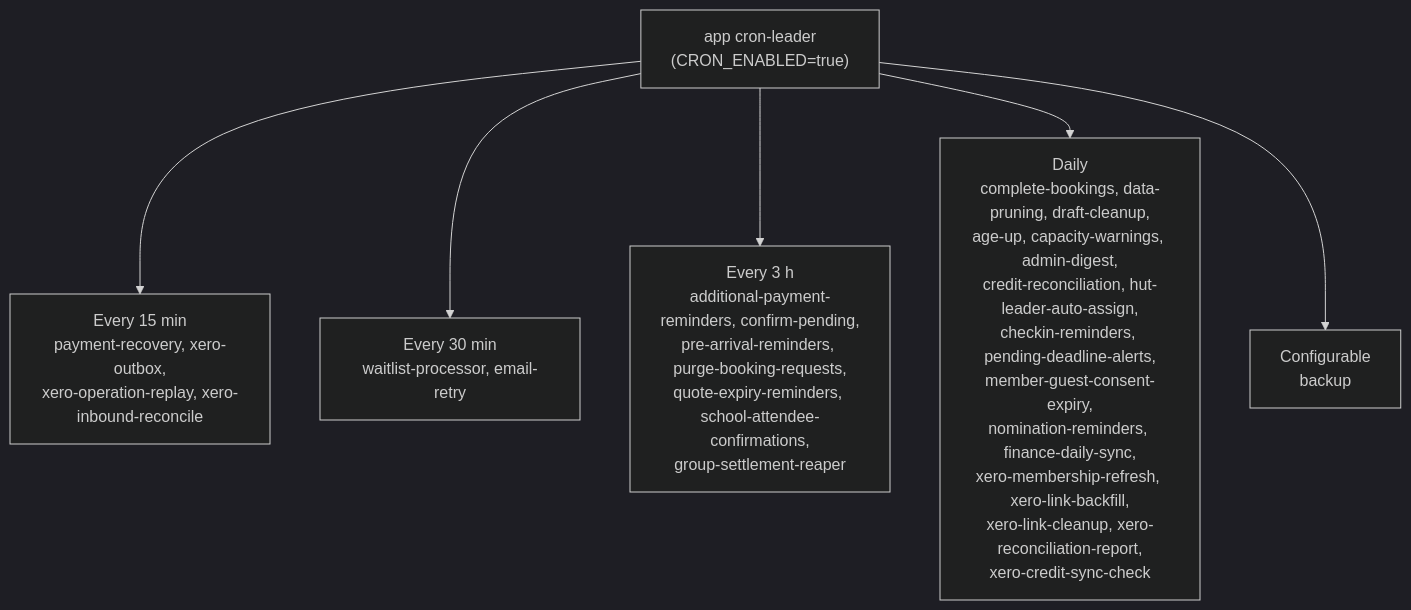
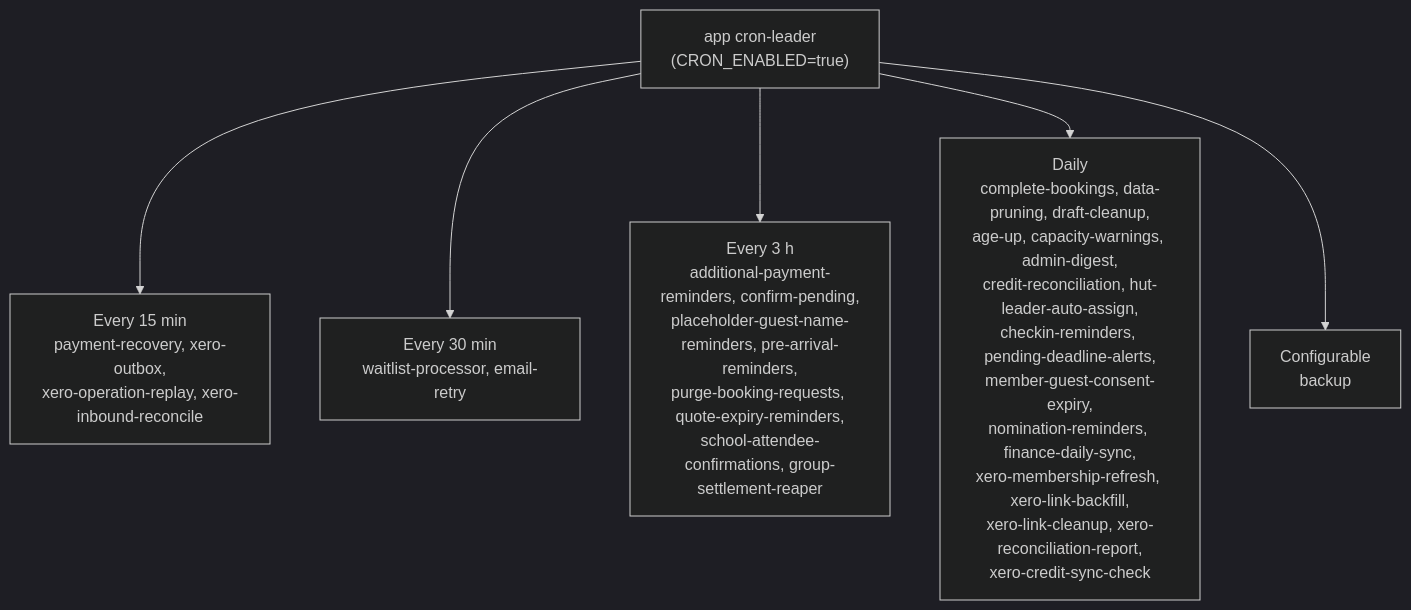
The fifth of 5 diagrams in docs/ARCHITECTURE.md (hoppers99/AlpineClubBookingsNZ), drawn with Mermaid (dark theme) before and after one commit. The commit also changed other lines of this file and 8 other files, not shown here.

First line of the commit message:
docs: document the placeholder guest-name chase and its dashboard flag

````diff
--- a/docs/ARCHITECTURE.md
+++ b/docs/ARCHITECTURE.md
@@ -2386,9 +2386,9 @@
 ```mermaid
 flowchart TD
     Leader["app cron-leader<br/>(CRON_ENABLED=true)"]
     Leader --> Q15["Every 15 min<br/>payment-recovery, xero-outbox,<br/>xero-operation-replay, xero-inbound-reconcile"]
     Leader --> Q30["Every 30 min<br/>waitlist-processor, email-retry"]
-    Leader --> Q3h["Every 3 h<br/>additional-payment-reminders, confirm-pending,<br/>pre-arrival-reminders, purge-booking-requests,<br/>quote-expiry-reminders, school-attendee-confirmations,<br/>group-settlement-reaper"]
+    Leader --> Q3h["Every 3 h<br/>additional-payment-reminders, confirm-pending,<br/>placeholder-guest-name-reminders, pre-arrival-reminders,<br/>purge-booking-requests, quote-expiry-reminders,<br/>school-attendee-confirmations, group-settlement-reaper"]
     Leader --> Daily["Daily<br/>complete-bookings, data-pruning, draft-cleanup,<br/>age-up, capacity-warnings, admin-digest,<br/>credit-reconciliation, hut-leader-auto-assign,<br/>checkin-reminders, pending-deadline-alerts,<br/>member-guest-consent-expiry,<br/>nomination-reminders, finance-daily-sync,<br/>xero-membership-refresh, xero-link-backfill,<br/>xero-link-cleanup, xero-reconciliation-report,<br/>xero-credit-sync-check"]
     Leader --> Cfg["Configurable<br/>backup"]
 ```
````
